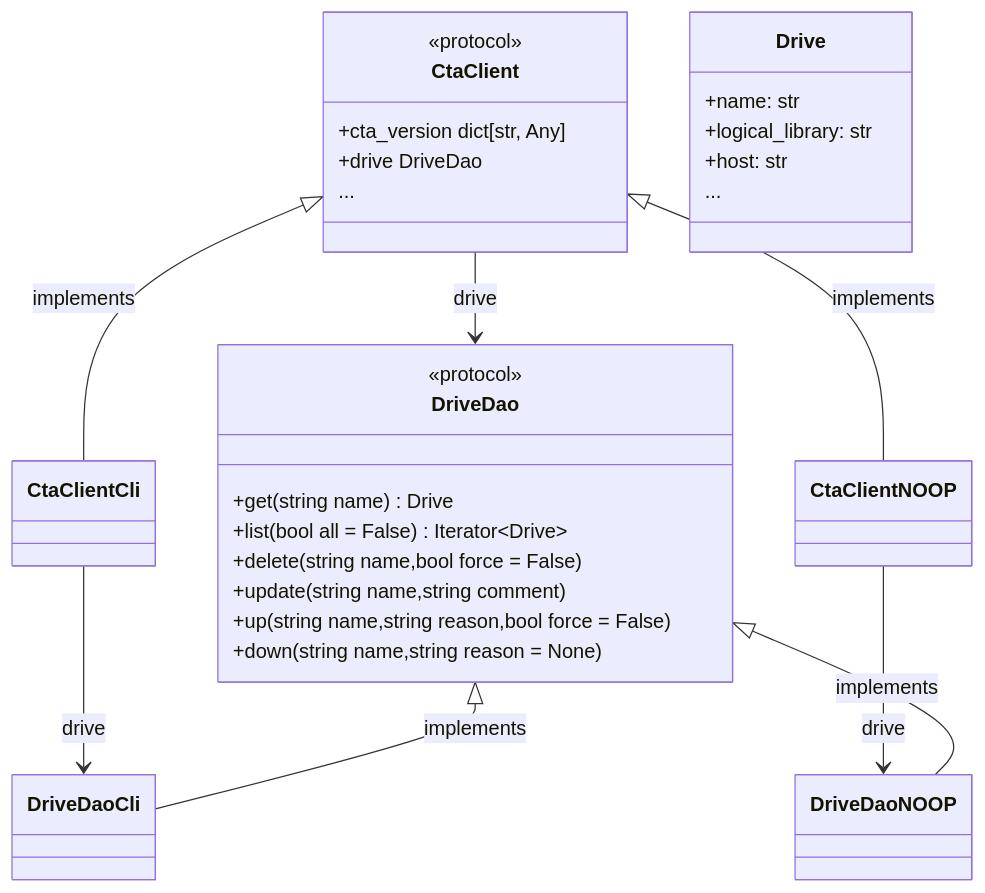
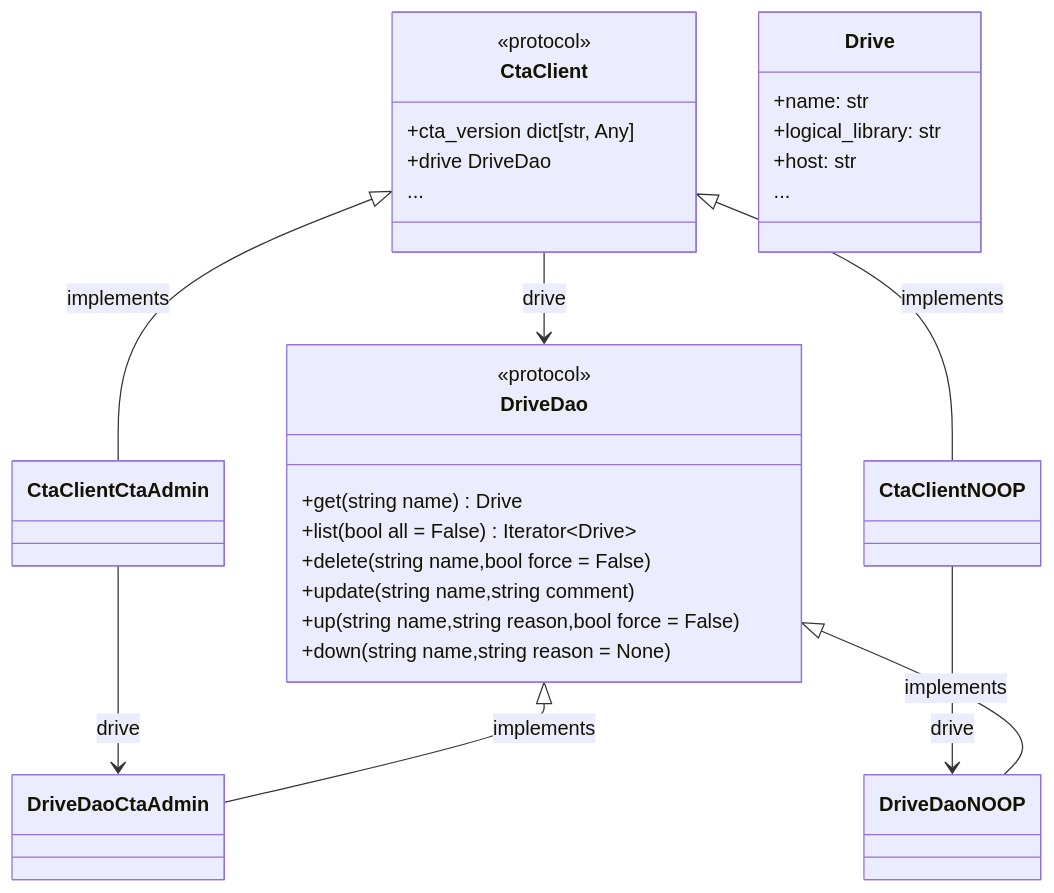
Before and after one commit to cern-cta/CTA: the second of 2 diagrams in docs/content/dev/guides/python/cta-sdk/index.md, drawn with Mermaid. The commit also changed other lines of this file and 258 other files, not shown here.

````diff
--- a/docs/content/dev/guides/python/cta-sdk/index.md
+++ b/docs/content/dev/guides/python/cta-sdk/index.md
@@ -42,39 +42,39 @@
 ```mermaid
 classDiagram
     class CtaClient {
         <<protocol>>
         +cta_version dict[str, Any] 
         +drive DriveDao
         ...
     }
 
     class DriveDao{
         <<protocol>>
         +get(string name) Drive
         +list(bool all = False) Iterator~Drive~
         +delete(string name,bool force = False)
         +update(string name,string comment)
         +up(string name,string reason,bool force = False )
         +down(string name,string reason = None)
     }
 
     class Drive{
         +name: str
         +logical_library: str
         +host: str
         ...
     }
 
     CtaClient --> DriveDao : drive
 
-    CtaClient <|-- CtaClientCli: implements
+    CtaClient <|-- CtaClientCtaAdmin: implements
     CtaClient <|-- CtaClientNOOP: implements
 
-    CtaClientCli --> DriveDaoCli : drive
+    CtaClientCtaAdmin --> DriveDaoCtaAdmin : drive
     CtaClientNOOP --> DriveDaoNOOP : drive
 
 
-    DriveDao <|-- DriveDaoCli: implements
+    DriveDao <|-- DriveDaoCtaAdmin: implements
     DriveDao <|-- DriveDaoNOOP: implements
 
 ```
````
